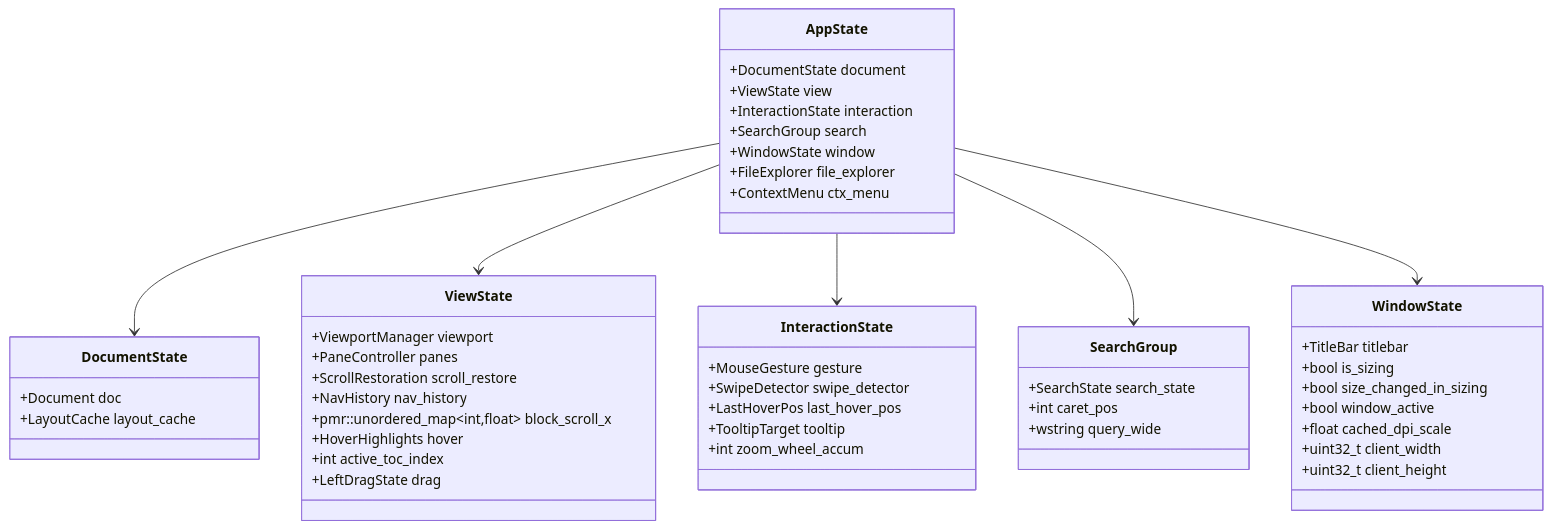
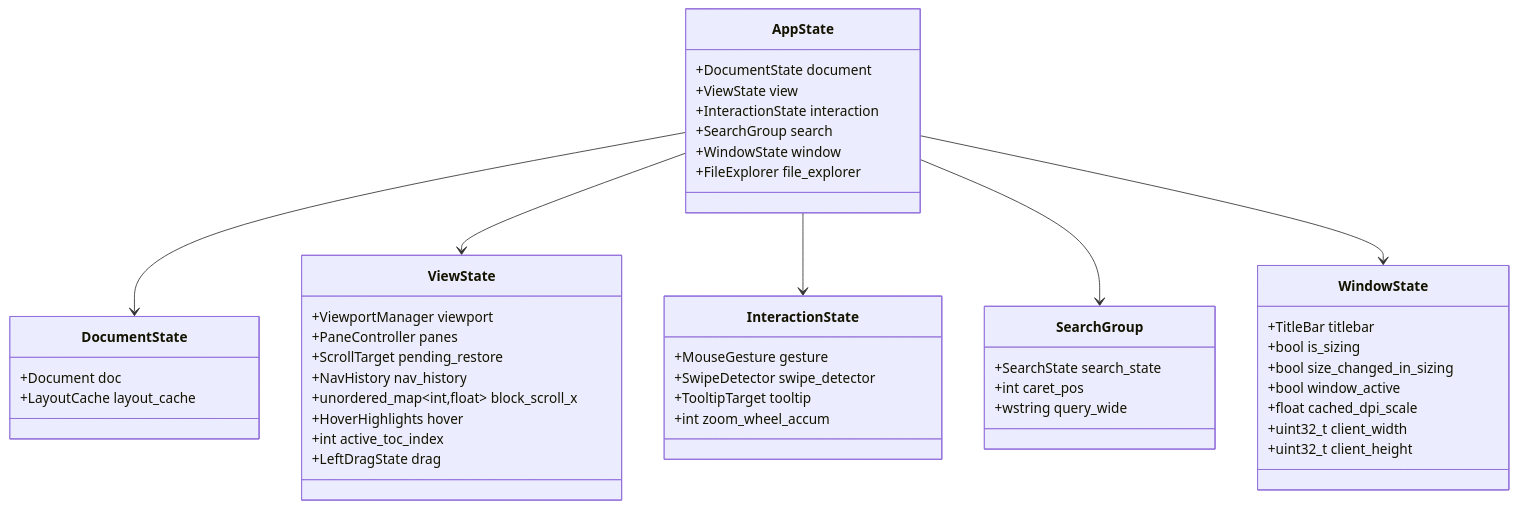
The fourth of 27 diagrams in example/test.md (tanaton/mendo), drawn with Mermaid before and after one commit. The commit also changed other lines of this file and 119 other files, not shown here.

````diff
--- a/example/test.md
+++ b/example/test.md
@@ -561,58 +573,56 @@
 ```mermaid
 classDiagram
     class AppState {
         +DocumentState document
         +ViewState view
         +InteractionState interaction
         +SearchGroup search
         +WindowState window
         +FileExplorer file_explorer
-        +ContextMenu ctx_menu
     }
 
     class DocumentState {
         +Document doc
         +LayoutCache layout_cache
     }
 
     class ViewState {
         +ViewportManager viewport
         +PaneController panes
-        +ScrollRestoration scroll_restore
+        +ScrollTarget pending_restore
         +NavHistory nav_history
-        +pmr::unordered_map~int,float~ block_scroll_x
+        +unordered_map~int,float~ block_scroll_x
         +HoverHighlights hover
         +int active_toc_index
         +LeftDragState drag
     }
 
     class InteractionState {
         +MouseGesture gesture
         +SwipeDetector swipe_detector
-        +LastHoverPos last_hover_pos
         +TooltipTarget tooltip
         +int zoom_wheel_accum
     }
 
     class SearchGroup {
         +SearchState search_state
         +int caret_pos
         +wstring query_wide
     }
 
     class WindowState {
         +TitleBar titlebar
         +bool is_sizing
         +bool size_changed_in_sizing
         +bool window_active
         +float cached_dpi_scale
         +uint32_t client_width
         +uint32_t client_height
     }
 
     AppState --> DocumentState
     AppState --> ViewState
     AppState --> InteractionState
     AppState --> SearchGroup
     AppState --> WindowState
 ```
````
